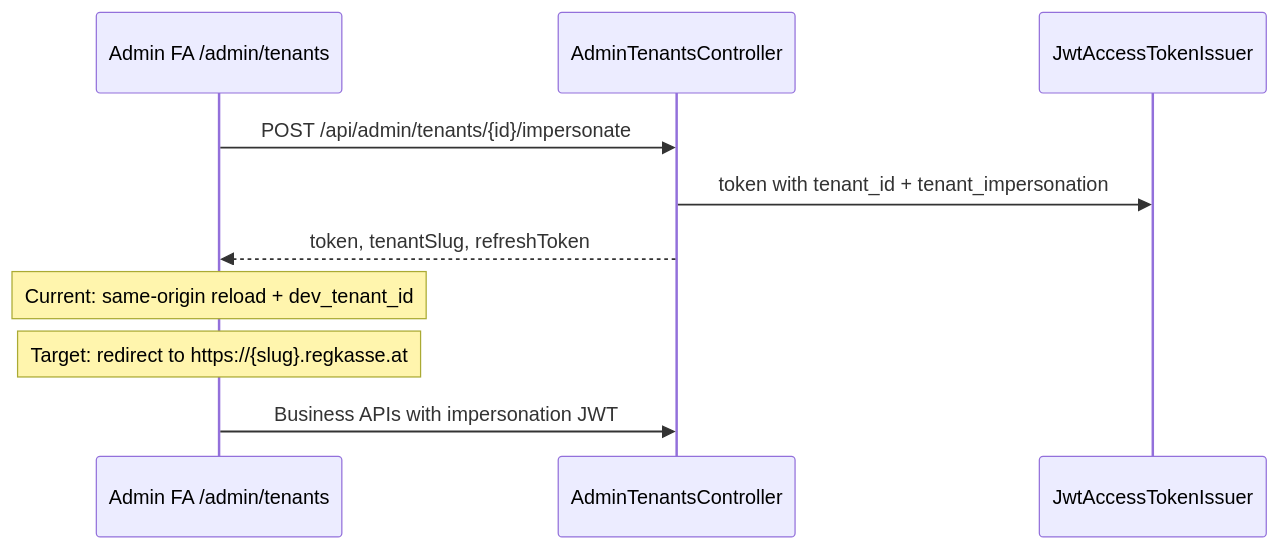
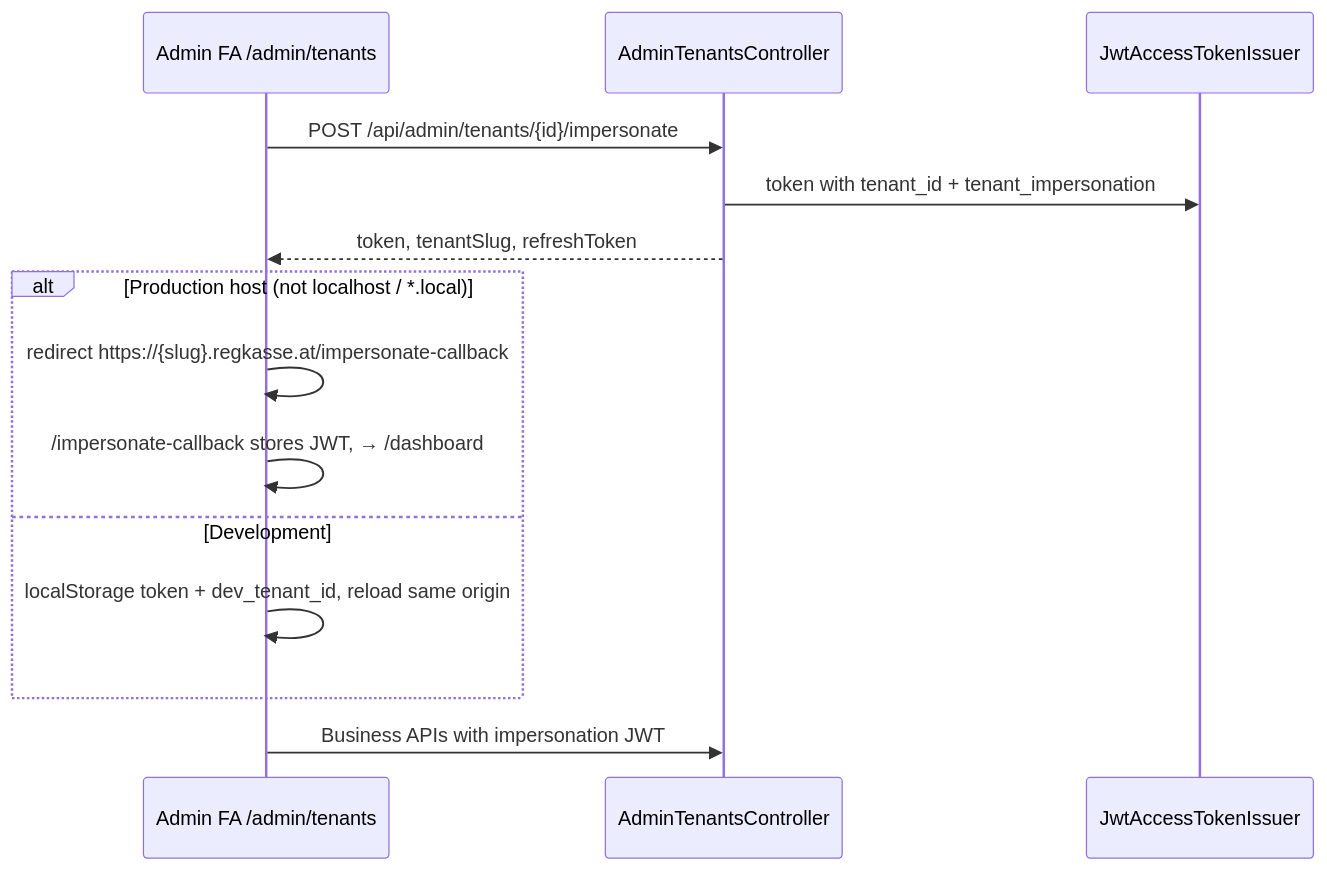
One commit to Jukingen/Regkasse changed the second of 2 diagrams in docs/MULTI_TENANT.md. Above: the diagram before and after it, drawn with Mermaid. The commit also changed other lines of this file and 90 other files, not shown here.

````diff
--- a/docs/MULTI_TENANT.md
+++ b/docs/MULTI_TENANT.md
@@ -177,13 +177,17 @@
 ```mermaid
 sequenceDiagram
     participant UI as Admin FA /admin/tenants
     participant API as AdminTenantsController
     participant JWT as JwtAccessTokenIssuer
 
     UI->>API: POST /api/admin/tenants/{id}/impersonate
     API->>JWT: token with tenant_id + tenant_impersonation
     API-->>UI: token, tenantSlug, refreshToken
-    Note over UI: Current: same-origin reload + dev_tenant_id
-    Note over UI: Target: redirect to https://{slug}.regkasse.at
+    alt Production host (not localhost / *.local)
+        UI->>UI: redirect https://{slug}.regkasse.at/impersonate-callback#impersonate_token=…
+        UI->>UI: /impersonate-callback stores JWT, → /dashboard
+    else Development
+        UI->>UI: localStorage token + dev_tenant_id, reload same origin
+    end
     UI->>API: Business APIs with impersonation JWT
 ```
````
